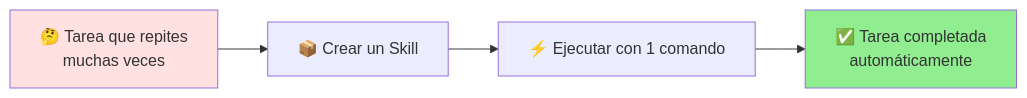
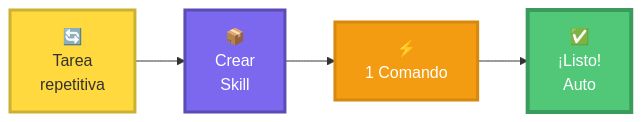
The sixth of 16 diagrams in courses/🟡-development/FPUNA-2026/00-FUNDAMENTOS-PRINCIPALES/02-maestria-configuracion.md (Ai-Whisperers/Courses-Content), drawn with Mermaid before and after one commit. The commit also changed other lines of this file, not shown here.

First line of the commit message:
Improve Mermaid diagrams in 02-maestria-configuracion.md (9/15 diagrams)

````diff
--- a/courses/🟡-development/FPUNA-2026/00-FUNDAMENTOS-PRINCIPALES/02-maestria-configuracion.md
+++ b/courses/🟡-development/FPUNA-2026/00-FUNDAMENTOS-PRINCIPALES/02-maestria-configuracion.md
@@ -396,9 +415,11 @@
 ```mermaid
 graph LR
-    A[🤔 Tarea que repites<br/>muchas veces] --> B[📦 Crear un Skill]
-    B --> C[⚡ Ejecutar con 1 comando]
-    C --> D[✅ Tarea completada<br/>automáticamente]
+    A["🔄<br/>Tarea<br/>repetitiva"] --> B["📦<br/>Crear<br/>Skill"]
+    B --> C["⚡<br/>1 Comando"]
+    C --> D["✅<br/>¡Listo!<br/>Auto"]
     
-    style A fill:#ffe1e1
-    style D fill:#90EE90
+    style A fill:#FFD93D,stroke:#CCB031,stroke-width:3px,color:#333
+    style B fill:#7B68EE,stroke:#5A4BB5,stroke-width:3px,color:#fff
+    style C fill:#F39C12,stroke:#D68910,stroke-width:3px,color:#fff
+    style D fill:#50C878,stroke:#3A9B5C,stroke-width:4px,color:#fff
 ```
````
